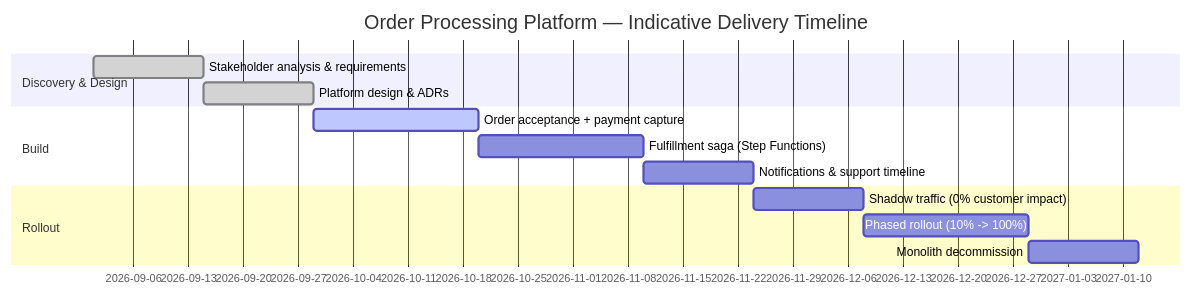
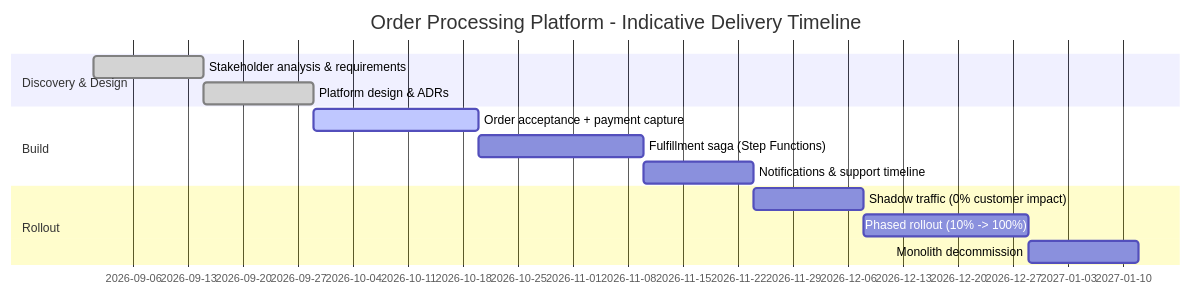
Before and after one commit to harishsubash/arckit-usecase-aws-order-processing: the diagram in projects/001-order-processing/ARC-001-SOBC-v1.0.md, drawn with Mermaid. The commit also changed 2 other files, not shown here.

Commit message:
Fix mermaid syntax errors in quadrant charts and gantt title
Em-dash and unquoted ampersand/multi-word labels in quadrantChart
point labels, and an em-dash in a gantt title, break the mermaid
11.14 parser. Quote all point labels and replace em-dashes with
plain hyphens.

Claude-Session: https://claude.ai/code/session_01SYe6QpPbkA5359Rimoo8v9

````diff
--- a/projects/001-order-processing/ARC-001-SOBC-v1.0.md
+++ b/projects/001-order-processing/ARC-001-SOBC-v1.0.md
@@ -53,16 +53,16 @@
 ```mermaid
 gantt
-    title Order Processing Platform — Indicative Delivery Timeline
+    title Order Processing Platform - Indicative Delivery Timeline
     dateFormat YYYY-MM-DD
     section Discovery & Design
     Stakeholder analysis & requirements :done, d1, 2026-09-01, 14d
     Platform design & ADRs              :done, d2, 2026-09-15, 14d
     section Build
     Order acceptance + payment capture  :active, b1, 2026-09-29, 21d
     Fulfillment saga (Step Functions)   :b2, after b1, 21d
     Notifications & support timeline    :b3, after b2, 14d
     section Rollout
     Shadow traffic (0% customer impact) :r1, after b3, 14d
     Phased rollout (10% -> 100%)        :r2, after r1, 21d
     Monolith decommission               :r3, after r2, 14d
 ```
````
